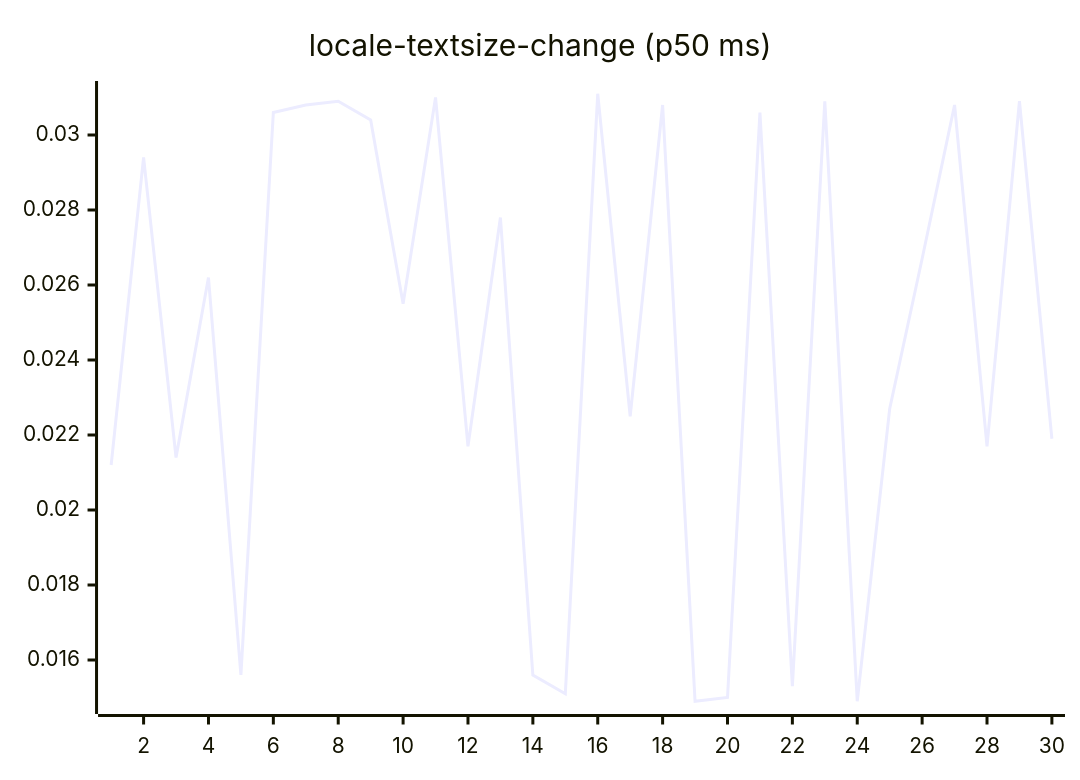
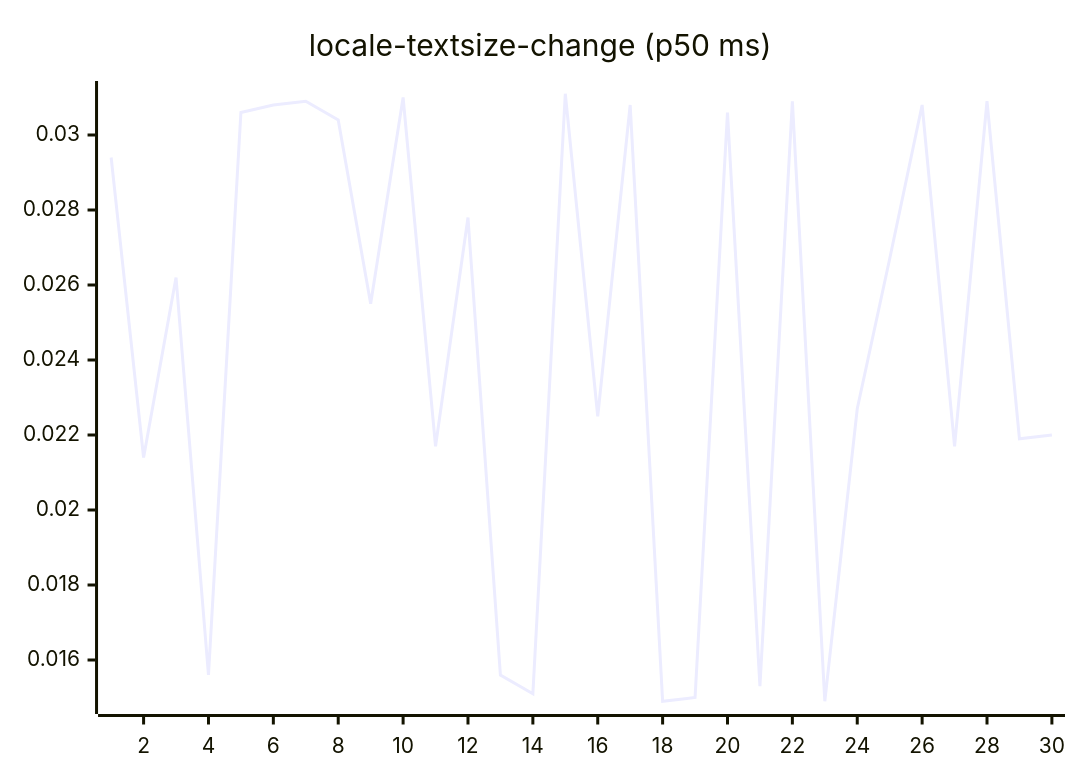
Before and after one commit to josha/Facet: diagram 13 of 27 in README.md, drawn with Mermaid. The commit also changed other lines of this file and 2 other files, not shown here.

````diff
--- a/README.md
+++ b/README.md
@@ -147,6 +147,6 @@
 ```mermaid
 xychart-beta
     title "locale-textsize-change (p50 ms)"
     x-axis 1 --> 30
-    line [0.0212, 0.0294, 0.0214, 0.0262, 0.0156, 0.0306, 0.0308, 0.0309, 0.0304, 0.0255, 0.0310, 0.0217, 0.0278, 0.0156, 0.0151, 0.0311, 0.0225, 0.0308, 0.0149, 0.0150, 0.0306, 0.0153, 0.0309, 0.0149, 0.0227, 0.0267, 0.0308, 0.0217, 0.0309, 0.0219]
+    line [0.0294, 0.0214, 0.0262, 0.0156, 0.0306, 0.0308, 0.0309, 0.0304, 0.0255, 0.0310, 0.0217, 0.0278, 0.0156, 0.0151, 0.0311, 0.0225, 0.0308, 0.0149, 0.0150, 0.0306, 0.0153, 0.0309, 0.0149, 0.0227, 0.0267, 0.0308, 0.0217, 0.0309, 0.0219, 0.0220]
 ```
````
